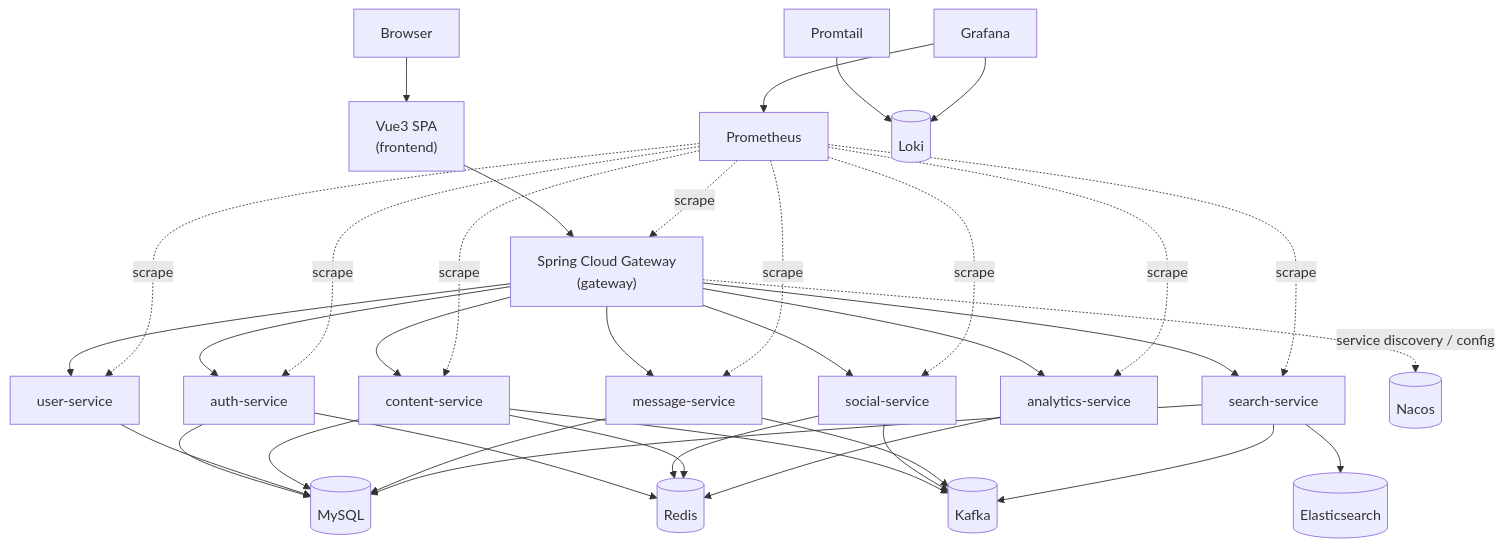
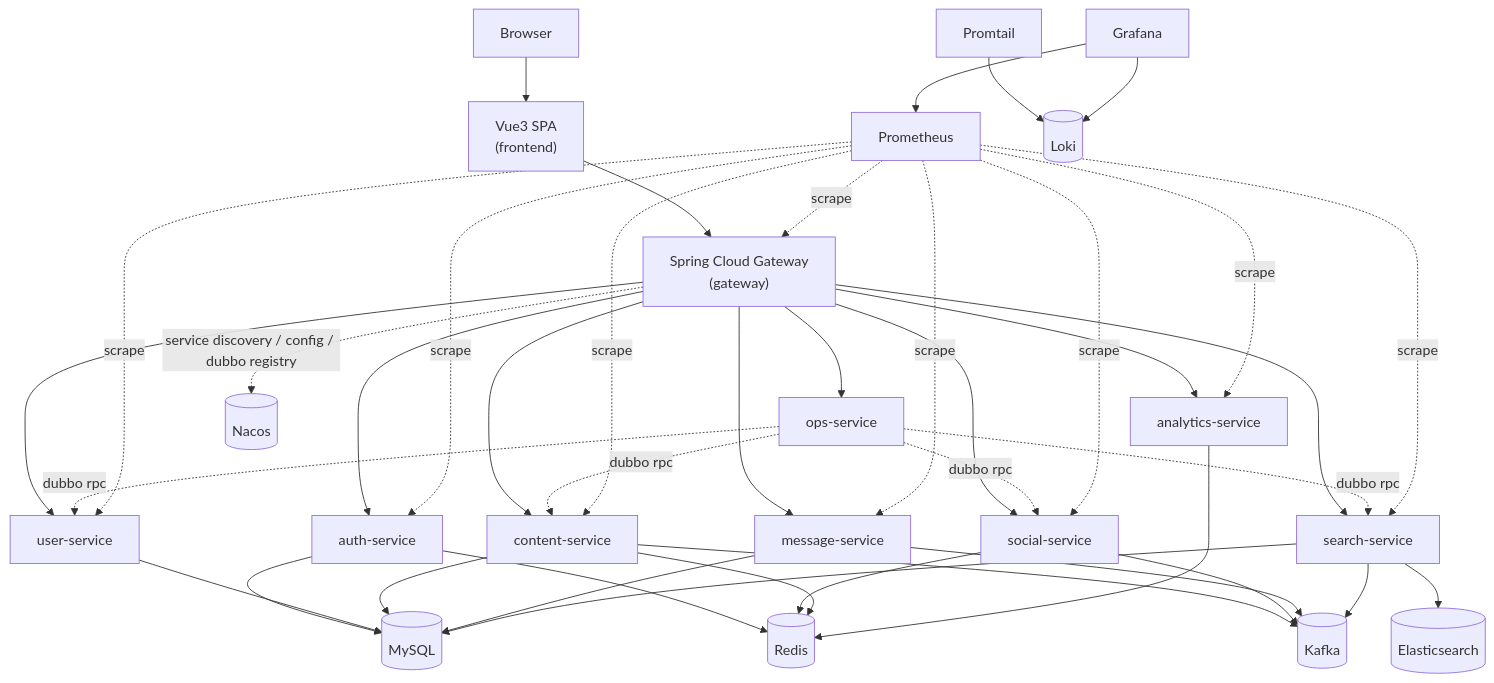
Before and after one commit to skt-shinyruo/community: the diagram in docs/ARCHITECTURE.md, drawn with Mermaid. The commit also changed other lines of this file and 106 other files, not shown here.

Commit message:
feat: modularize contracts; add ops-service; enforce metrics auth fail-closed

````diff
--- a/docs/ARCHITECTURE.md
+++ b/docs/ARCHITECTURE.md
@@ -10,46 +10,51 @@
 ```mermaid
 flowchart TD
     Browser[Browser] --> FE["Vue3 SPA<br/>(frontend)"]
     FE --> GW["Spring Cloud Gateway<br/>(gateway)"]
 
     GW --> Auth[auth-service]
     GW --> User[user-service]
     GW --> Content[content-service]
     GW --> Social[social-service]
     GW --> Msg[message-service]
     GW --> Search[search-service]
     GW --> Ana[analytics-service]
+    GW --> Ops[ops-service]
 
-    GW -. service discovery / config .-> Nacos[(Nacos)]
+    GW -. service discovery / config / dubbo registry .-> Nacos[(Nacos)]
+    Ops -. dubbo rpc .-> User
+    Ops -. dubbo rpc .-> Content
+    Ops -. dubbo rpc .-> Social
+    Ops -. dubbo rpc .-> Search
 
     Auth --> MySQL[(MySQL)]
     User --> MySQL
     Content --> MySQL
     Msg --> MySQL
     Search --> MySQL
 
     Auth --> Redis[(Redis)]
     Social --> Redis
     Content --> Redis
     Ana --> Redis
 
     Content --> Kafka[(Kafka)]
     Social --> Kafka
     Msg --> Kafka
     Search --> Kafka
 
     Search --> ES[(Elasticsearch)]
 
     Prom[Prometheus] -. scrape .-> GW
     Prom -. scrape .-> Auth
     Prom -. scrape .-> User
     Prom -. scrape .-> Content
     Prom -. scrape .-> Social
     Prom -. scrape .-> Msg
     Prom -. scrape .-> Search
     Prom -. scrape .-> Ana
 
     Logs[Promtail] --> Loki[(Loki)]
     Grafana[Grafana] --> Loki
     Grafana --> Prom
 ```
````
